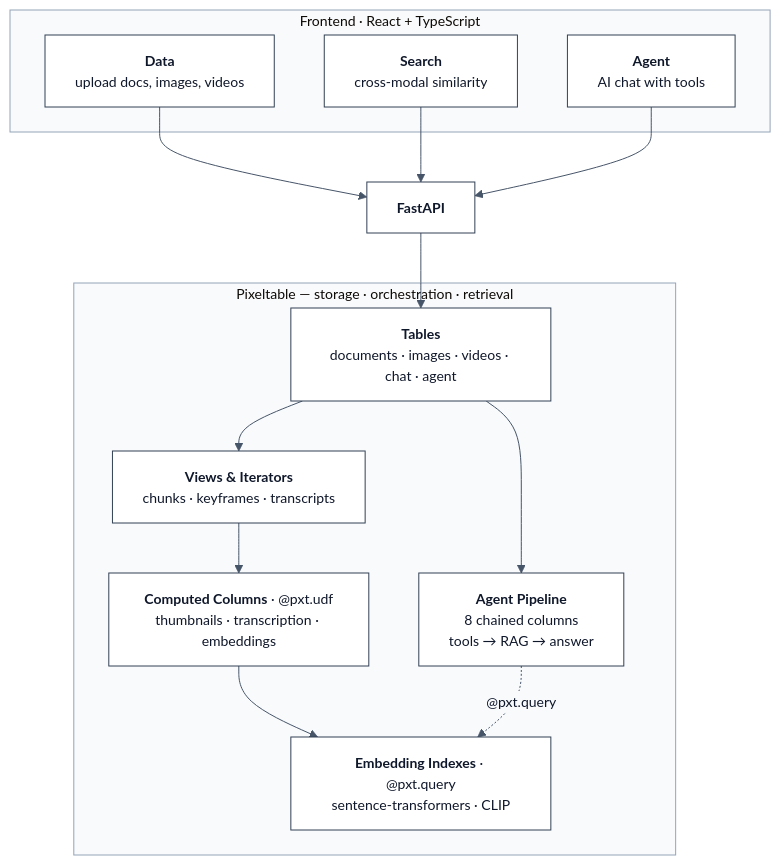
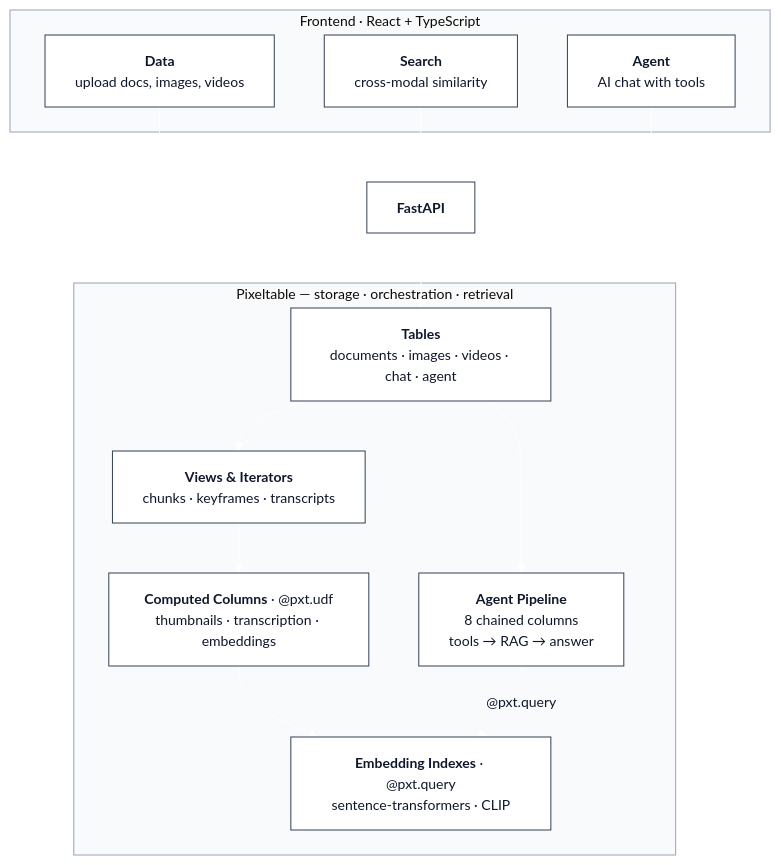
Before and after one commit to pixeltable/pixeltable-starter-kit: the first of 2 diagrams in README.md, drawn with Mermaid. The commit also changed other lines of this file, not shown here.

Commit message:
fix(readme): white arrows in mermaid diagrams for dark mode visibility
Made-with: Cursor

````diff
--- a/README.md
+++ b/README.md
@@ -13,25 +13,25 @@
 ```mermaid
-%%{init: {'theme': 'base', 'themeVariables': {'primaryColor': '#ffffff', 'primaryTextColor': '#0f172a', 'primaryBorderColor': '#334155', 'lineColor': '#475569', 'secondaryColor': '#f8fafc', 'tertiaryColor': '#f1f5f9', 'clusterBkg': '#f8fafc', 'clusterBorder': '#94a3b8', 'fontSize': '14px'}}}%%
+%%{init: {'theme': 'base', 'themeVariables': {'primaryColor': '#ffffff', 'primaryTextColor': '#0f172a', 'primaryBorderColor': '#334155', 'lineColor': '#ffffff', 'arrowheadColor': '#ffffff', 'secondaryColor': '#f8fafc', 'tertiaryColor': '#f1f5f9', 'clusterBkg': '#f8fafc', 'clusterBorder': '#94a3b8', 'fontSize': '14px'}}}%%
 graph TD
     subgraph Frontend["Frontend · React + TypeScript"]
         D["<b>Data</b><br/>upload docs, images, videos"]
         S["<b>Search</b><br/>cross-modal similarity"]
         A["<b>Agent</b><br/>AI chat with tools"]
     end
 
     API["<b>FastAPI</b>"]
 
     subgraph PXT["Pixeltable — storage · orchestration · retrieval"]
         Tables["<b>Tables</b><br/>documents · images · videos · chat · agent"]
         Views["<b>Views & Iterators</b><br/>chunks · keyframes · transcripts"]
         CC["<b>Computed Columns</b> · @pxt.udf<br/>thumbnails · transcription · embeddings"]
         EI["<b>Embedding Indexes</b> · @pxt.query<br/>sentence-transformers · CLIP"]
         AP["<b>Agent Pipeline</b><br/>8 chained columns<br/>tools → RAG → answer"]
     end
 
     D & S & A --> API
     API --> Tables
     Tables --> Views --> CC --> EI
     Tables --> AP
     AP -.->|"@pxt.query"| EI
 ```
````
